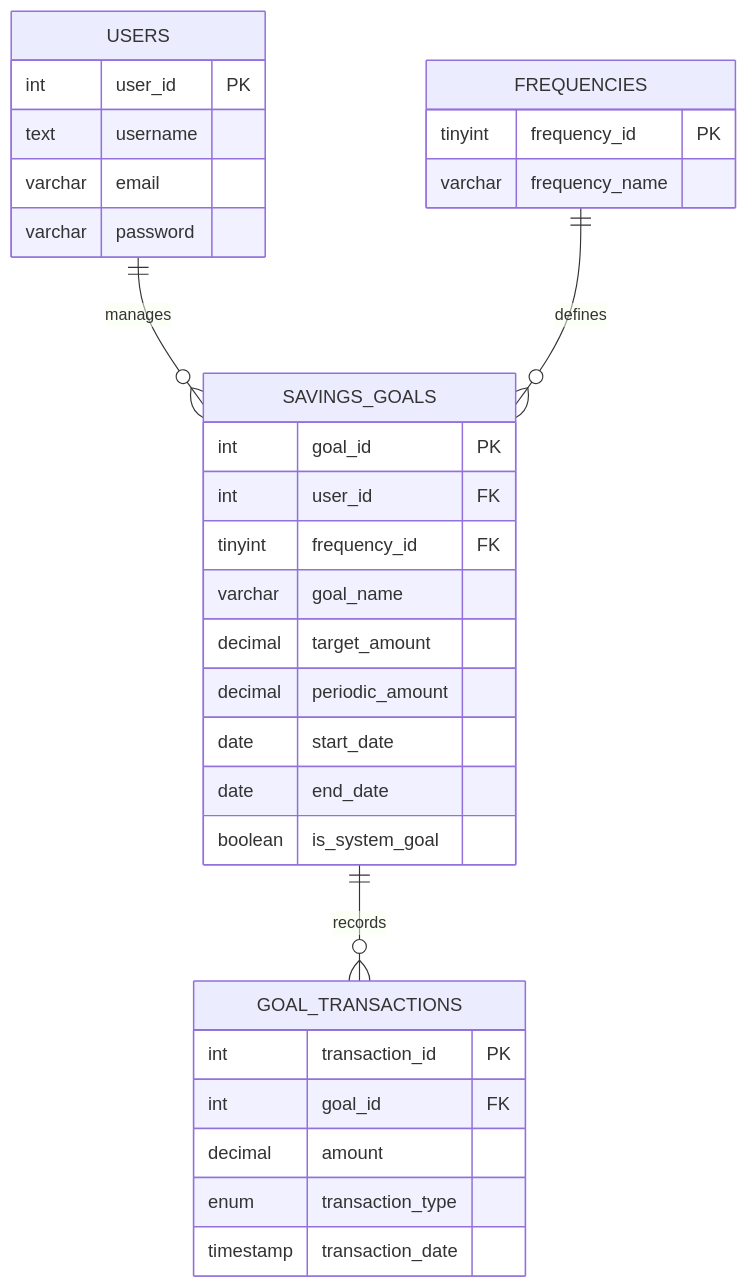
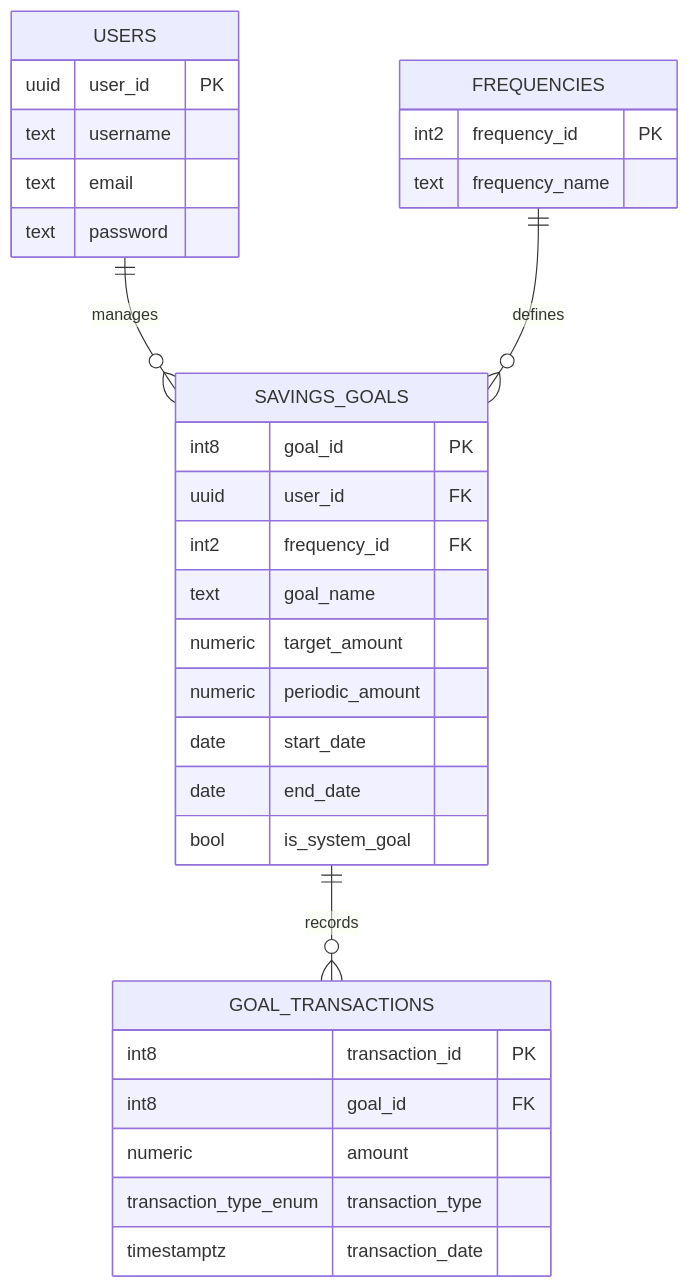
One commit to HernandezRosasSergio0309/savings-app-pro changed the diagram in docs/erd_diagram.md. Above: the diagram before and after it, drawn with Mermaid.

```diff
--- a/docs/erd_diagram.md
+++ b/docs/erd_diagram.md
@@ -1,38 +1,38 @@
 ~~~mermaid
 erDiagram
     USERS ||--o{ SAVINGS_GOALS : "manages"
     FREQUENCIES ||--o{ SAVINGS_GOALS : "defines"
     SAVINGS_GOALS ||--o{ GOAL_TRANSACTIONS : "records"
 
     USERS {
-        int user_id PK
+        uuid user_id PK
         text username
-        varchar email
-        varchar password
+        text email
+        text password
     }
 
     FREQUENCIES {
-        tinyint frequency_id PK
-        varchar frequency_name
+        int2 frequency_id PK
+        text frequency_name
     }
 
     SAVINGS_GOALS {
-        int goal_id PK
-        int user_id FK
-        tinyint frequency_id FK
-        varchar goal_name
-        decimal target_amount
-        decimal periodic_amount
+        int8 goal_id PK
+        uuid user_id FK
+        int2 frequency_id FK
+        text goal_name
+        numeric target_amount
+        numeric periodic_amount
         date start_date
         date end_date
-        boolean is_system_goal
+        bool is_system_goal
     }
 
     GOAL_TRANSACTIONS {
-        int transaction_id PK
-        int goal_id FK
-        decimal amount
-        enum transaction_type
-        timestamp transaction_date
+        int8 transaction_id PK
+        int8 goal_id FK
+        numeric amount
+        transaction_type_enum transaction_type
+        timestamptz transaction_date
     }
 ~~~
```
